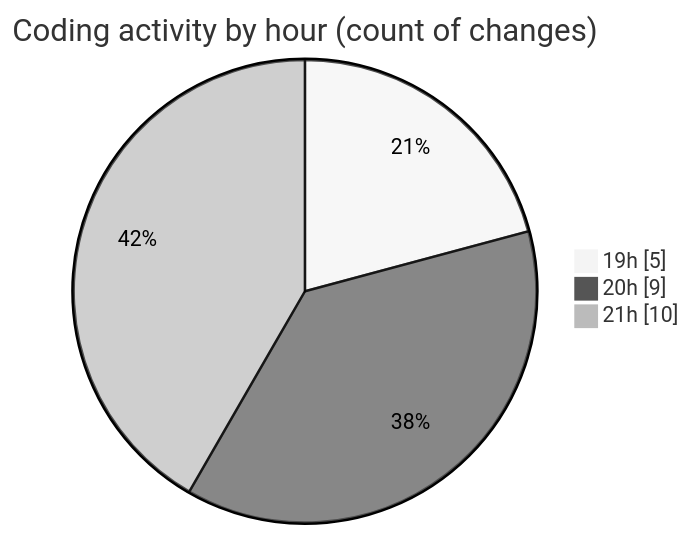
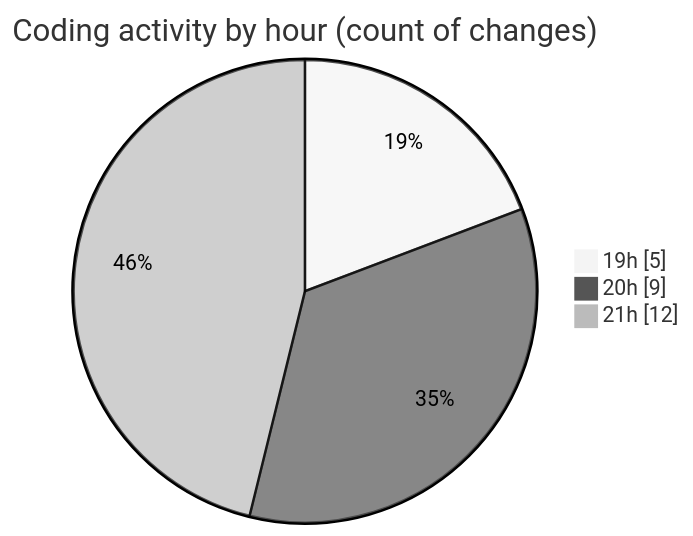
The second of 2 diagrams in 2025-02-19/micros/README.md (charlie-sans/code-tracking), drawn with Mermaid (neutral theme) before and after one commit. The commit also changed other lines of this file and 1 other file, not shown here.

````diff
--- a/2025-02-19/micros/README.md
+++ b/2025-02-19/micros/README.md
@@ -38,7 +40,7 @@
 ```mermaid
 pie showData
 title Coding activity by hour (count of changes)
 "19h" : 5
 "20h" : 9
-"21h" : 10
+"21h" : 12
 ```
````
